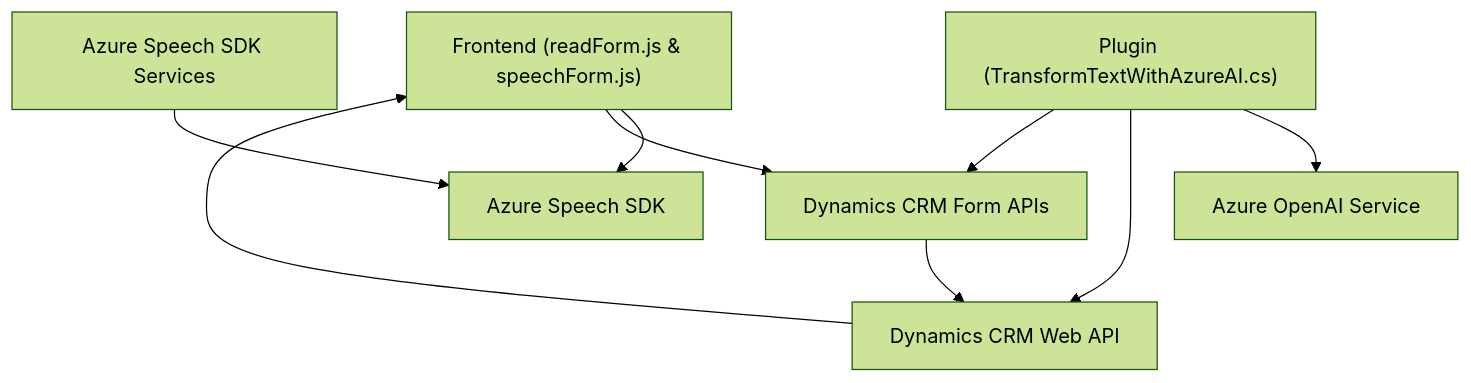
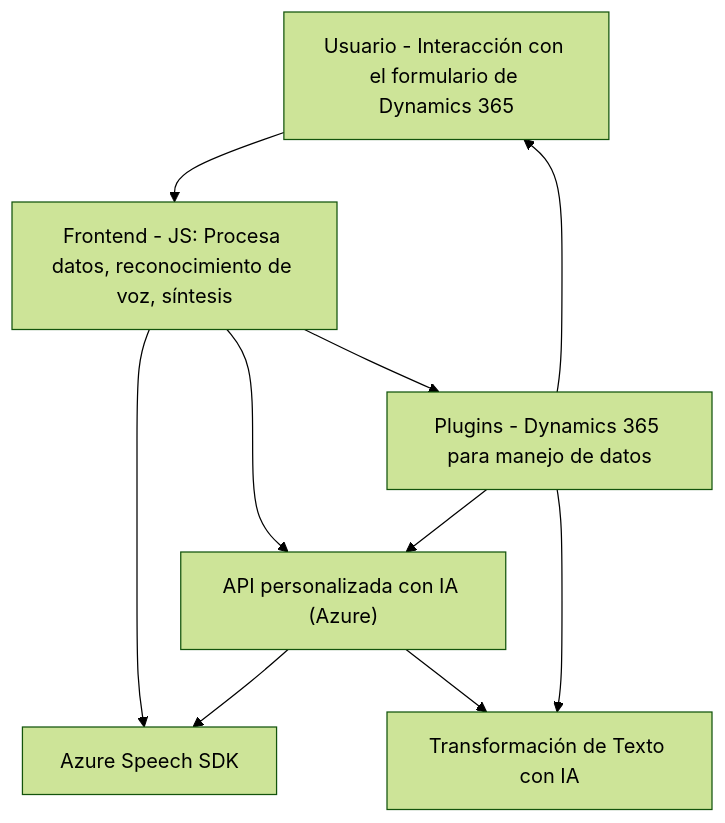
One commit to blopezdm/NETCORE_BILBAO2025 changed the diagram in README.md. Above: the diagram before and after it, drawn with Mermaid (forest theme). The commit also changed other lines of this file, not shown here.

Commit message:
Actualizar análisis global de la solución con IA

````diff
--- a/README.md
+++ b/README.md
@@ -47,11 +58,19 @@
 ```mermaid
 graph TD
-    A["Frontend (readForm.js & speechForm.js)"] --> B["Azure Speech SDK"]
-    A --> C["Dynamics CRM Form APIs"]
-    D["Azure Speech SDK Services"] --> B
-    C --> E["Dynamics CRM Web API"]
-    F["Plugin (TransformTextWithAzureAI.cs)"] --> G["Azure OpenAI Service"]
-    F --> E
+    A["Usuario - Interacción con el formulario de Dynamics 365"]
+    B["Frontend - JS: Procesa datos, reconocimiento de voz, síntesis"]
+    C["Azure Speech SDK"]
+    D["API personalizada con IA (Azure)"]
+    E["Plugins - Dynamics 365 para manejo de datos"]
+    F["Azure OpenAI API"]
+
+    A --> B
+    B --> C
+    B --> D
+    D --> F["Transformación de Texto con IA"]
+    B --> E
+    E --> D
+    E --> F
+    D --> C
     E --> A
-    F --> C
 ```
````
